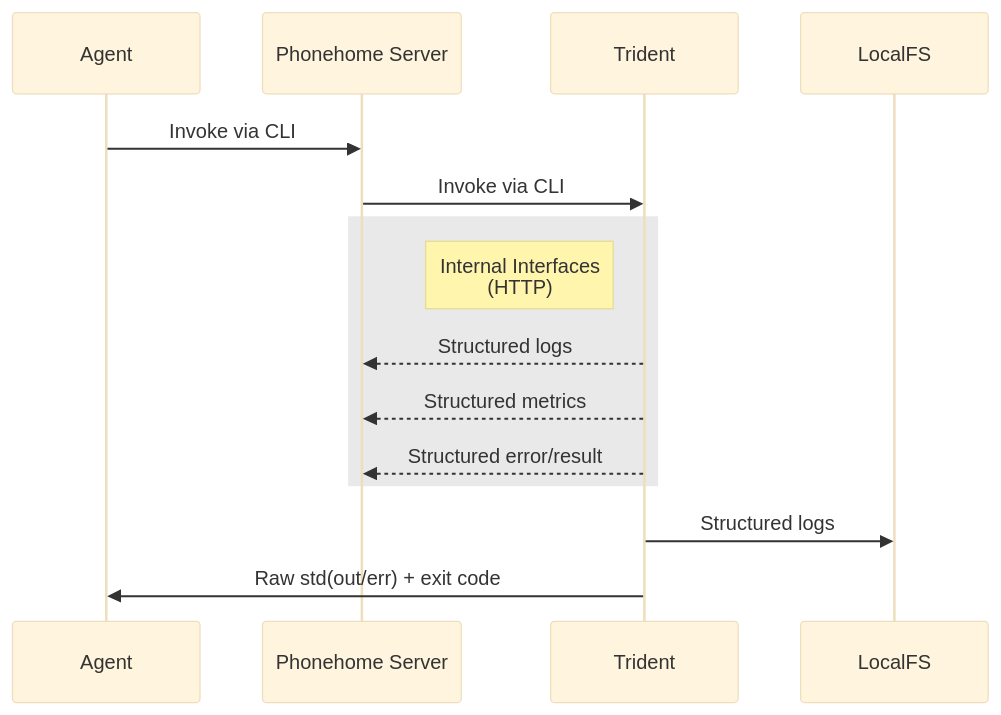
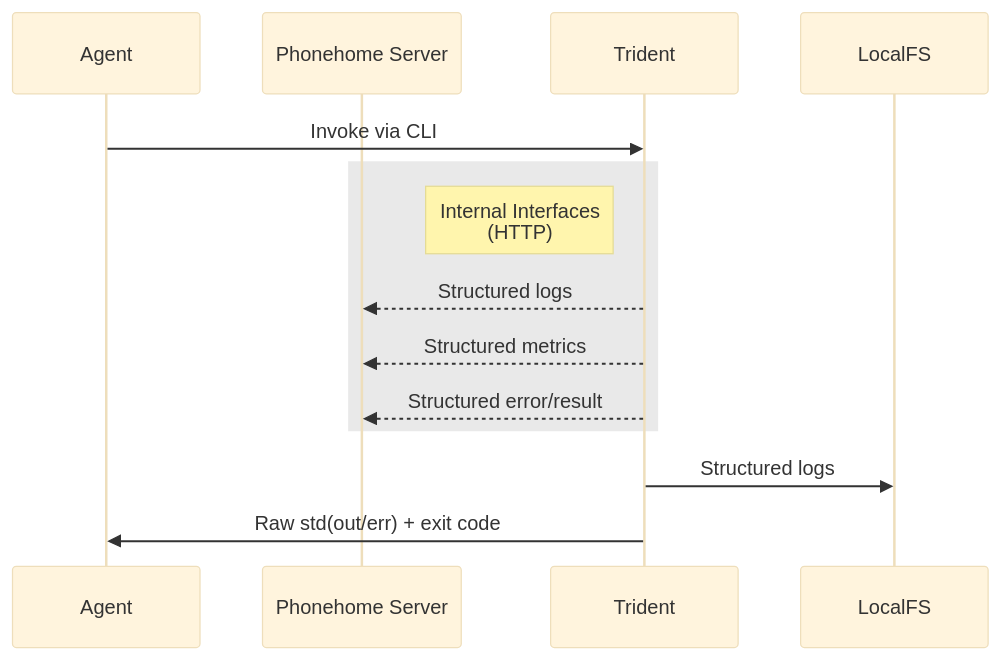
The first of 4 diagrams in docs/Development/RFCs/0379-grpc-api.md (microsoft/trident), drawn with Mermaid (base theme) before and after one commit. The commit also changed other lines of this file, not shown here.

````diff
--- a/docs/Development/RFCs/0379-grpc-api.md
+++ b/docs/Development/RFCs/0379-grpc-api.md
@@ -69,22 +69,21 @@
 ```mermaid
 sequenceDiagram
     participant Agent
     participant PhonehomeServer as Phonehome Server
     participant Trident
     participant LocalFS
 
-    Agent->>PhonehomeServer: Invoke via CLI
-    PhonehomeServer->>Trident: Invoke via CLI
+    Agent->>Trident: Invoke via CLI
 
     rect rgba(200,200,200,0.4)
     note left of Trident: Internal Interfaces<br/>(HTTP)
 
     Trident-->>PhonehomeServer: Structured logs
     Trident-->>PhonehomeServer: Structured metrics
     Trident-->>PhonehomeServer: Structured error/result
     end
 
     Trident->>LocalFS: Structured logs
 
     Trident->>Agent: Raw std(out/err) + exit code
 ```
````
